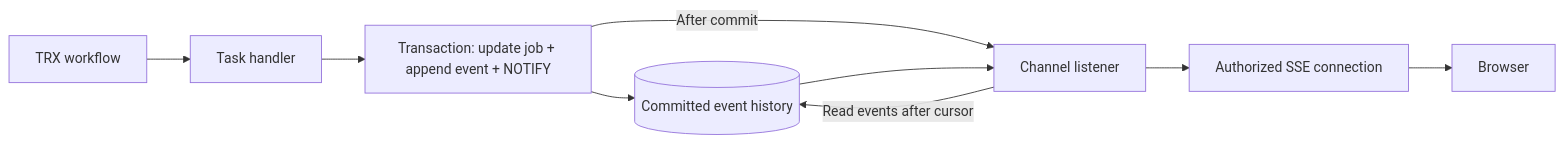
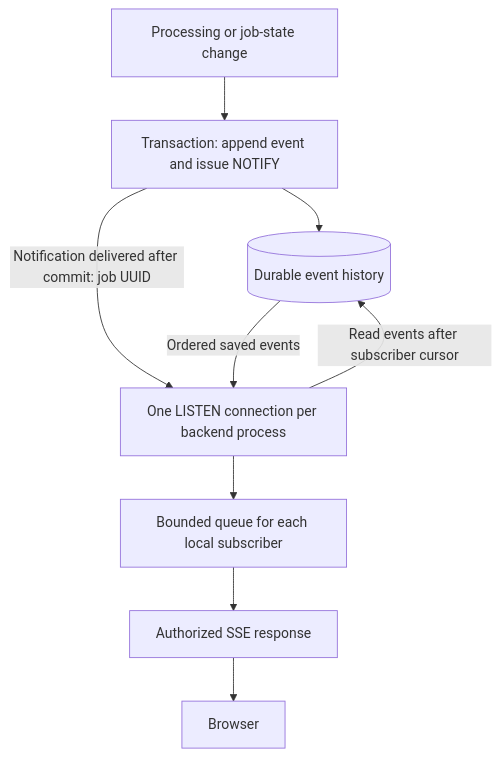
One commit to gabrr/agent-trx-classifier changed the first of 2 diagrams in docs/trx-system-design/02-events-and-live-updates.md. Above: the diagram before and after it, drawn with Mermaid. The commit also changed other lines of this file and 47 other files, not shown here.

First line of the commit message:
feat: integrate authenticated durable job processing

````diff
--- a/docs/trx-system-design/02-events-and-live-updates.md
+++ b/docs/trx-system-design/02-events-and-live-updates.md
@@ -7,11 +7,11 @@
 ```mermaid
-flowchart LR
-    W[TRX workflow] --> H[Task handler]
-    H --> T[Transaction: update job + append event + NOTIFY]
-    T --> D[(Committed event history)]
-    T -->|After commit| L[Channel listener]
-    L -->|Read events after cursor| D
-    D --> L
-    L --> E[Authorized SSE connection]
+flowchart TD
+    P[Processing or job-state change] --> T[Transaction: append event and issue NOTIFY]
+    T --> D[(Durable event history)]
+    T -->|Notification delivered after commit: job UUID| L[One LISTEN connection per backend process]
+    L -->|Read events after subscriber cursor| D
+    D -->|Ordered saved events| L
+    L --> Q[Bounded queue for each local subscriber]
+    Q --> E[Authorized SSE response]
     E --> B[Browser]
 ```
````
